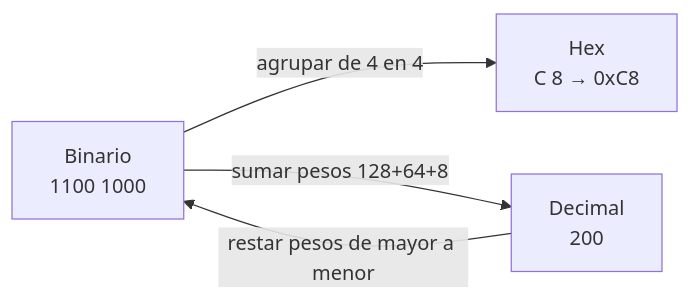
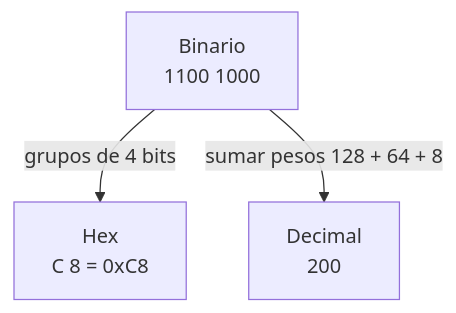
The second of 7 diagrams in unidad-1/apuntes/02-bits-y-es-mapeada-en-memoria.md (AlejandroTatum/sistemas-digitales-unl), drawn with Mermaid before and after one commit. The commit also changed other lines of this file and 16 other files, not shown here.

````diff
--- a/unidad-1/apuntes/02-bits-y-es-mapeada-en-memoria.md
+++ b/unidad-1/apuntes/02-bits-y-es-mapeada-en-memoria.md
@@ -41,6 +47,5 @@
 ```mermaid
-flowchart LR
-    B["Binario<br/>1100 1000"] -->|"agrupar de 4 en 4"| H["Hex<br/>C 8 → 0xC8"]
-    B -->|"sumar pesos 128+64+8"| D["Decimal<br/>200"]
-    D -->|"restar pesos de mayor a menor"| B
+flowchart TD
+    B["Binario<br/>1100 1000"] -->|"grupos de 4 bits"| H["Hex<br/>C 8 = 0xC8"]
+    B -->|"sumar pesos 128 + 64 + 8"| D["Decimal<br/>200"]
 ```
````
